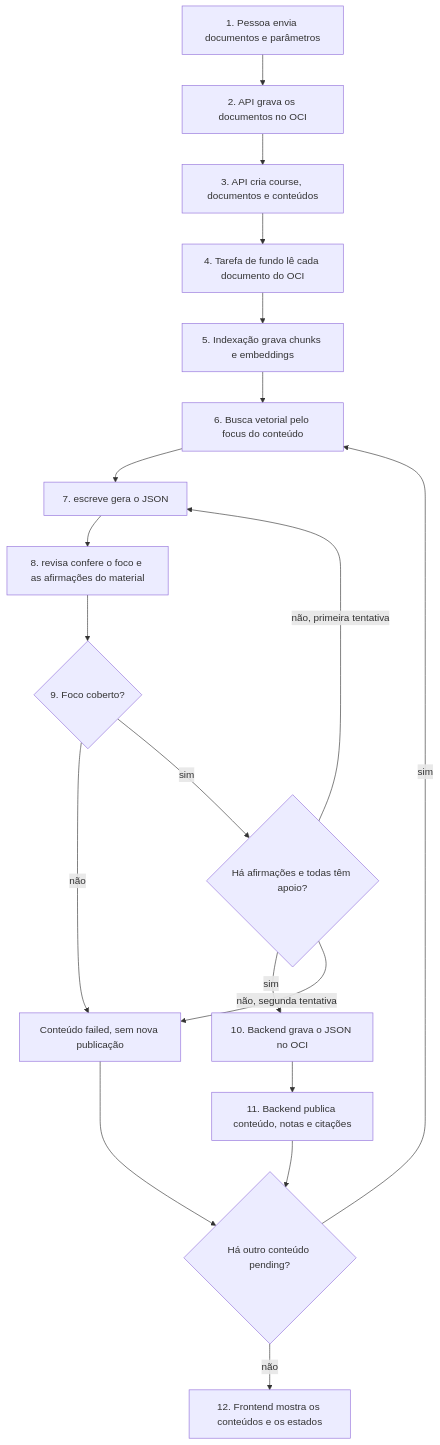
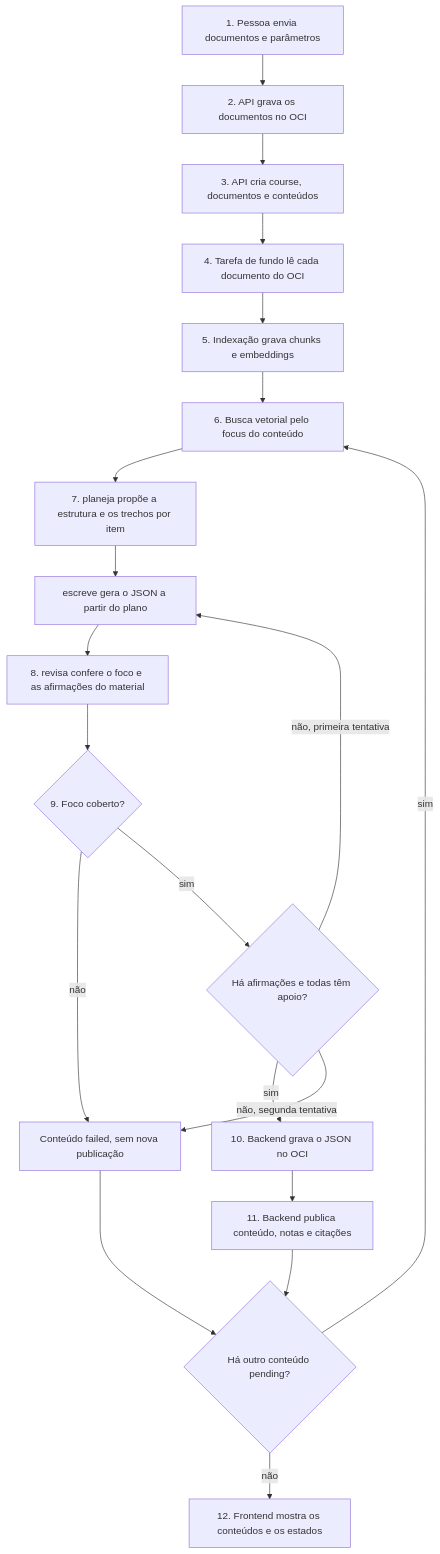
One commit to No-Country-simulation/g10_equipe1_novamente changed the diagram in docs/ARCHITECTURE.md. Above: the diagram before and after it, drawn with Mermaid. The commit also changed other lines of this file and 6 other files, not shown here.

````diff
--- a/docs/ARCHITECTURE.md
+++ b/docs/ARCHITECTURE.md
@@ -63,21 +63,22 @@
 ```mermaid
 flowchart TD
     A[1. Pessoa envia documentos e parâmetros] --> B[2. API grava os documentos no OCI]
     B --> C[3. API cria course, documentos e conteúdos]
     C --> D[4. Tarefa de fundo lê cada documento do OCI]
     D --> E[5. Indexação grava chunks e embeddings]
     E --> F[6. Busca vetorial pelo focus do conteúdo]
-    F --> G[7. escreve gera o JSON]
+    F --> O[7. planeja propõe a estrutura e os trechos por item]
+    O --> G[escreve gera o JSON a partir do plano]
     G --> H[8. revisa confere o foco e as afirmações do material]
     H --> I{9. Foco coberto?}
     I -- não --> L[Conteúdo failed, sem nova publicação]
     I -- sim --> P{Há afirmações e todas têm apoio?}
     P -- sim --> J[10. Backend grava o JSON no OCI]
     J --> K[11. Backend publica conteúdo, notas e citações]
     P -- não, primeira tentativa --> G
     P -- não, segunda tentativa --> L
     K --> N{Há outro conteúdo pending?}
     L --> N
     N -- sim --> F
     N -- não --> M[12. Frontend mostra os conteúdos e os estados]
 ```
````
